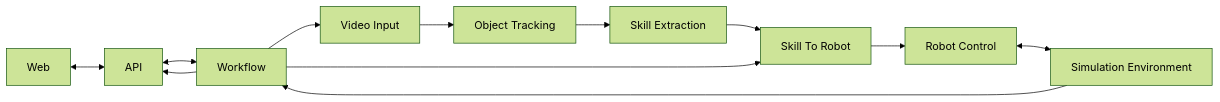
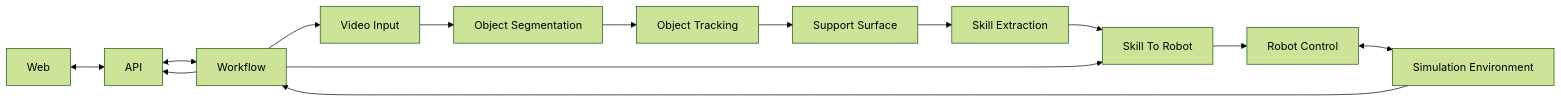
The diagram in docs/architecture/architecture-01.md (emranB/skill-to-bot), drawn with Mermaid (forest theme) before and after one commit. The commit also changed other lines of this file and 22 other files, not shown here.

````diff
--- a/docs/architecture/architecture-01.md
+++ b/docs/architecture/architecture-01.md
@@ -236,16 +244,18 @@
 ```mermaid
 flowchart LR
     WEB[Web] <--> API[API]
     API <--> WF[Workflow]
 
-    VI[Video Input] --> OT[Object Tracking]
-    OT --> SE[Skill Extraction]
+    VI[Video Input] --> OSG[Object Segmentation]
+    OSG --> OT[Object Tracking]
+    OT --> SS[Support Surface]
+    SS --> SE[Skill Extraction]
     SE --> STR[Skill To Robot]
     STR --> RC[Robot Control]
     RC <--> ENV[Simulation Environment]
 
     WF --> VI
     WF --> STR
     ENV --> WF
     WF --> API
 ```
````
